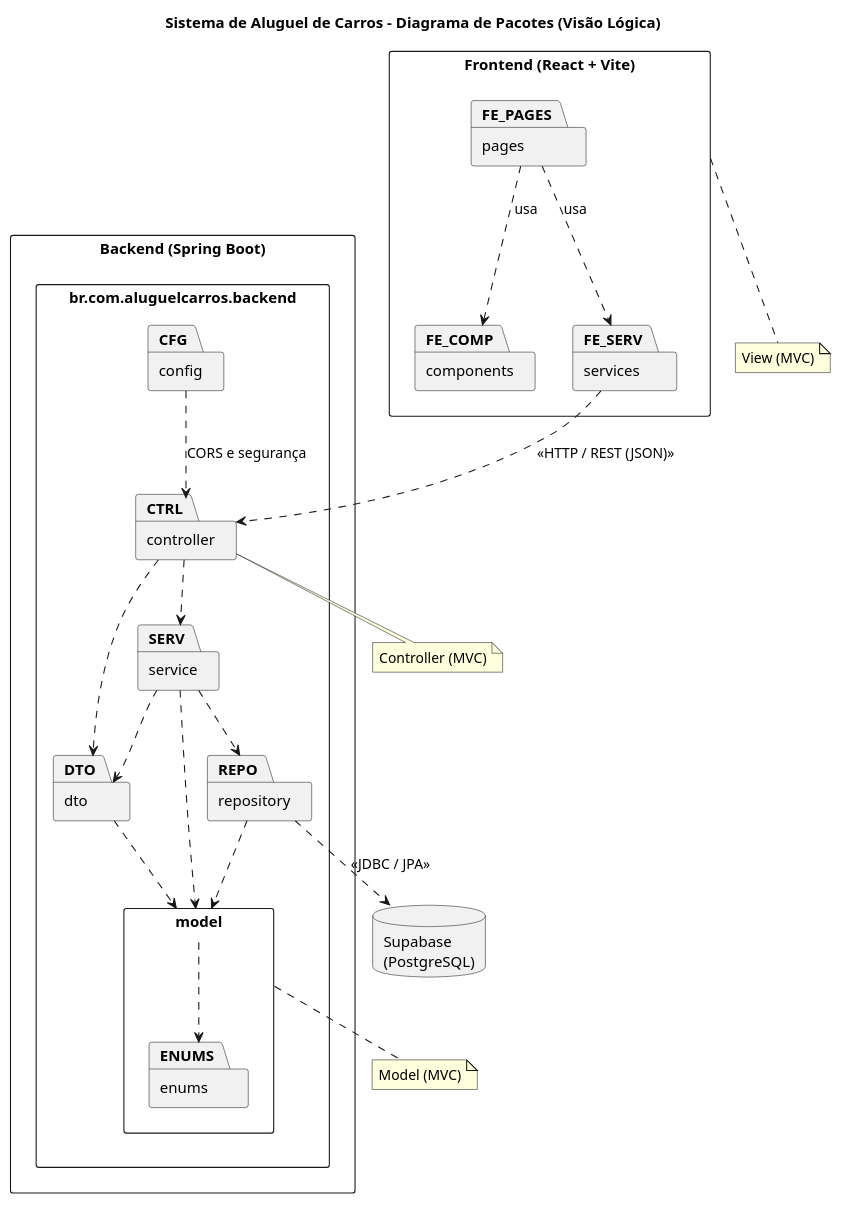
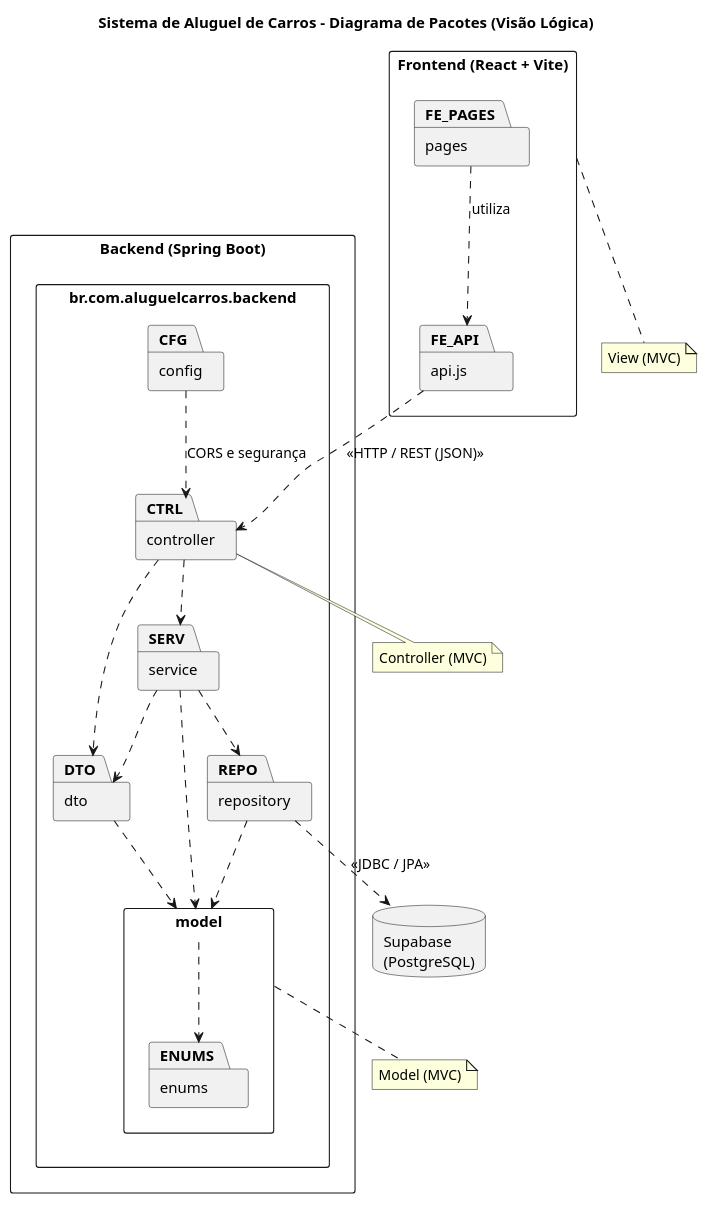
One commit to pamelanilo/Sistema_Aluguel_Carros changed the diagram in docs/diagramas/Diagrama_pacotes.puml. Above: the diagram before and after it, drawn with PlantUML. The commit also changed 12 other files, not shown here.

```diff
--- a/docs/diagramas/Diagrama_pacotes.puml
+++ b/docs/diagramas/Diagrama_pacotes.puml
@@ -1,58 +1,56 @@
 @startuml
 skinparam shadowing false
 skinparam DefaultFontName Arial
 skinparam packageStyle rectangle
 
 title Sistema de Aluguel de Carros - Diagrama de Pacotes (Visão Lógica)
 
 package "Frontend (React + Vite)" as FE {
   package "pages" as FE_PAGES
-  package "components" as FE_COMP
-  package "services" as FE_SERV
+  package "api.js" as FE_API
 }
 
 package "Backend (Spring Boot)" as BE {
   package "br.com.aluguelcarros.backend" as BASE {
     package "controller" as CTRL
     package "service" as SERV
     package "repository" as REPO
     package "model" as MODEL {
       package "enums" as ENUMS
     }
     package "dto" as DTO
     package "config" as CFG
   }
 }
 
 database "Supabase\n(PostgreSQL)" as DB
 
-FE_PAGES ..> FE_COMP : usa
-FE_PAGES ..> FE_SERV : usa
+FE_PAGES ..> FE_API : utiliza
 
-FE_SERV ..> CTRL : <<HTTP / REST (JSON)>>
+FE_API ..> CTRL : <<HTTP / REST (JSON)>>
 
 CTRL ..> SERV
 CTRL ..> DTO
 SERV ..> REPO
 SERV ..> MODEL
 SERV ..> DTO
 REPO ..> MODEL
 DTO ..> MODEL
 MODEL ..> ENUMS
 CFG ..> CTRL : CORS e segurança
 
 REPO ..> DB : <<JDBC / JPA>>
 
 note bottom of FE
   View (MVC)
 end note
 
 note bottom of CTRL
   Controller (MVC)
 end note
 
 note bottom of MODEL
   Model (MVC)
 end note
 
 @enduml
```
